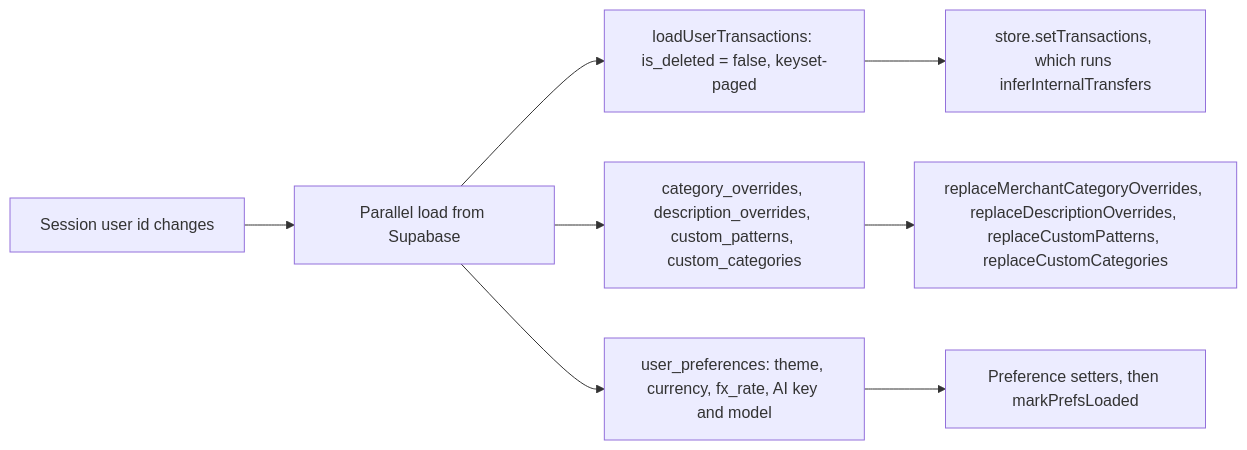
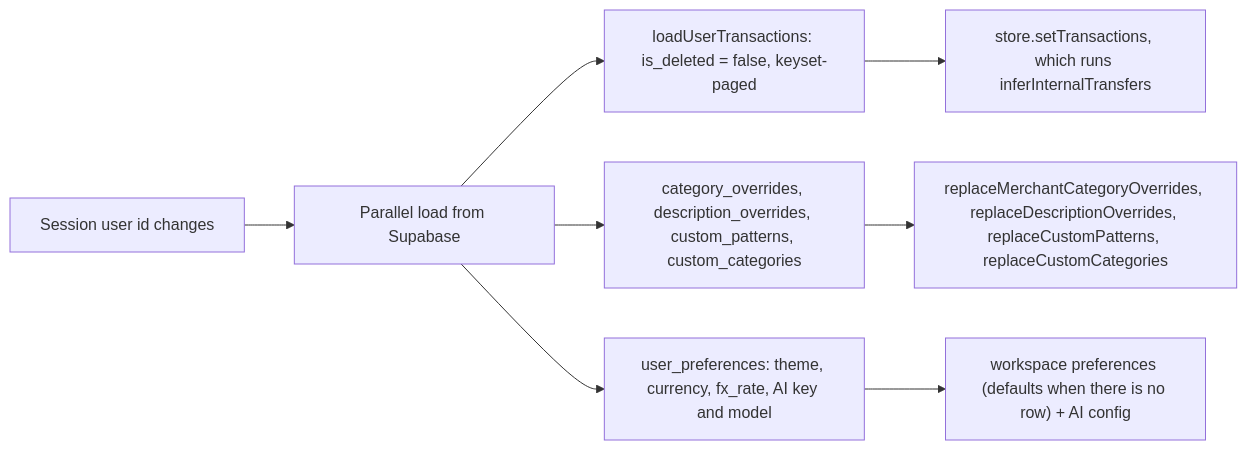
The second of 3 diagrams in docs/architecture.md (eltaiguer/tatu), drawn with Mermaid before and after one commit. The commit also changed other lines of this file and 20 other files, not shown here.

````diff
--- a/docs/architecture.md
+++ b/docs/architecture.md
@@ -66,10 +67,10 @@
 ```mermaid
 flowchart LR
     S["Session user id changes"] --> P["Parallel load from Supabase"]
     P --> T["loadUserTransactions: is_deleted = false, keyset-paged"]
     P --> O["category_overrides, description_overrides, custom_patterns, custom_categories"]
     P --> U["user_preferences: theme, currency, fx_rate, AI key and model"]
     O --> R["replaceMerchantCategoryOverrides, replaceDescriptionOverrides, replaceCustomPatterns, replaceCustomCategories"]
-    U --> Q["Preference setters, then markPrefsLoaded"]
+    U --> Q["workspace preferences (defaults when there is no row) + AI config"]
     T --> X["store.setTransactions, which runs inferInternalTransfers"]
 ```
````
